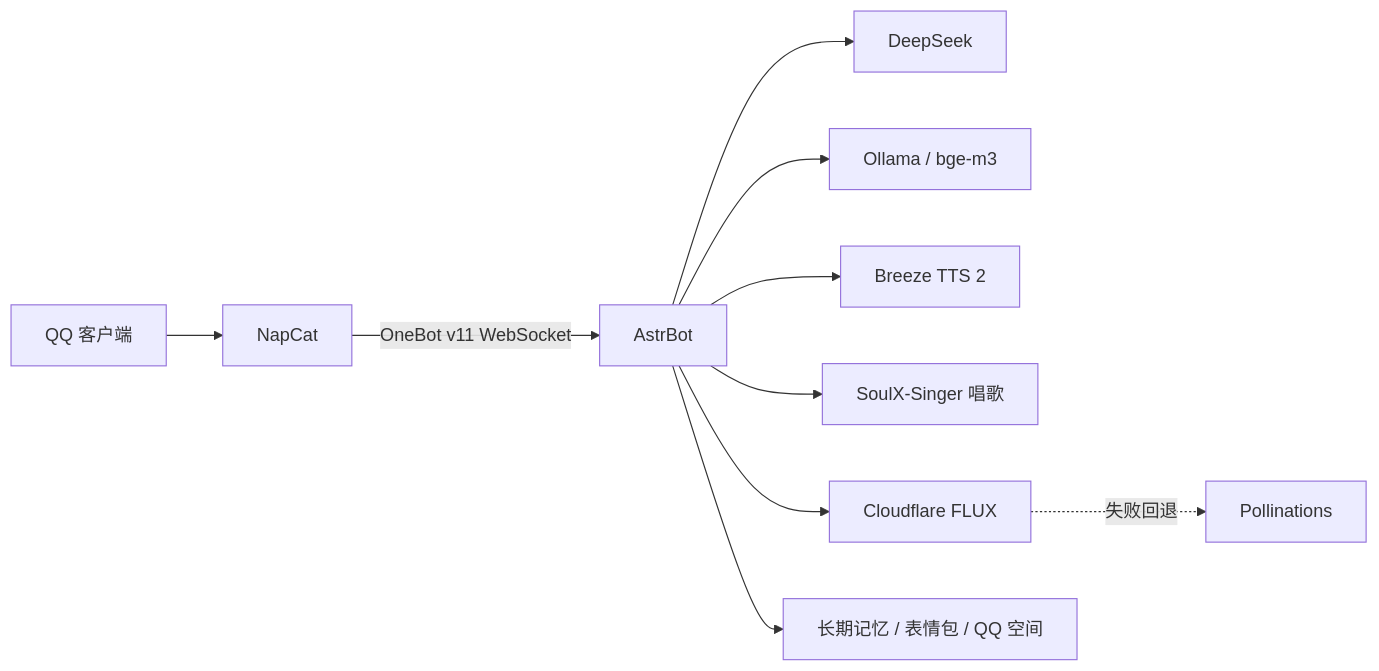
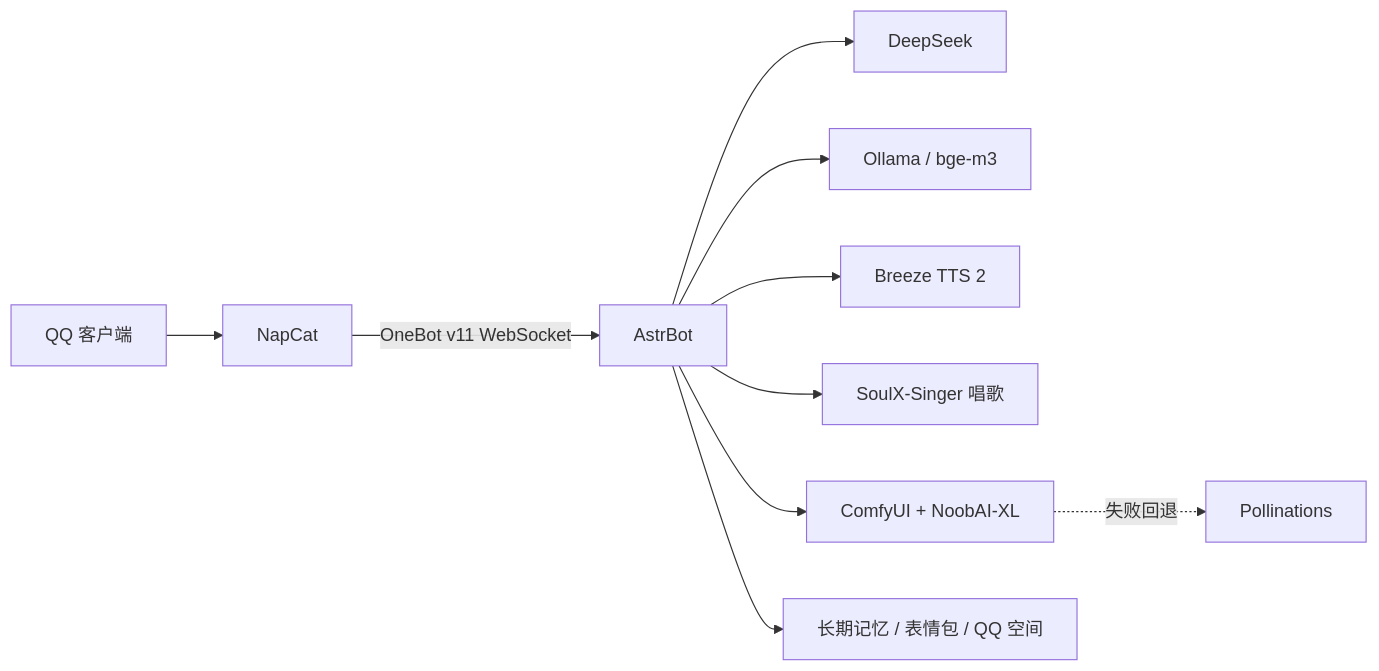
One commit to linjunxin222/dafeiyu-QQ-bot changed the diagram in README.md. Above: the diagram before and after it, drawn with Mermaid. The commit also changed other lines of this file and 5 other files, not shown here.

Commit message:
Use local ComfyUI NoobAI for image generation

````diff
--- a/README.md
+++ b/README.md
@@ -44,12 +44,12 @@
 ```mermaid
 flowchart LR
     QQ[QQ 客户端] --> N[NapCat]
     N -->|OneBot v11 WebSocket| A[AstrBot]
     A --> D[DeepSeek]
     A --> O[Ollama / bge-m3]
     A --> B[Breeze TTS 2]
     A --> S[SoulX-Singer 唱歌]
-    A --> C[Cloudflare FLUX]
+    A --> C[ComfyUI + NoobAI-XL]
     C -. 失败回退 .-> P[Pollinations]
     A --> M[长期记忆 / 表情包 / QQ 空间]
 ```
````
